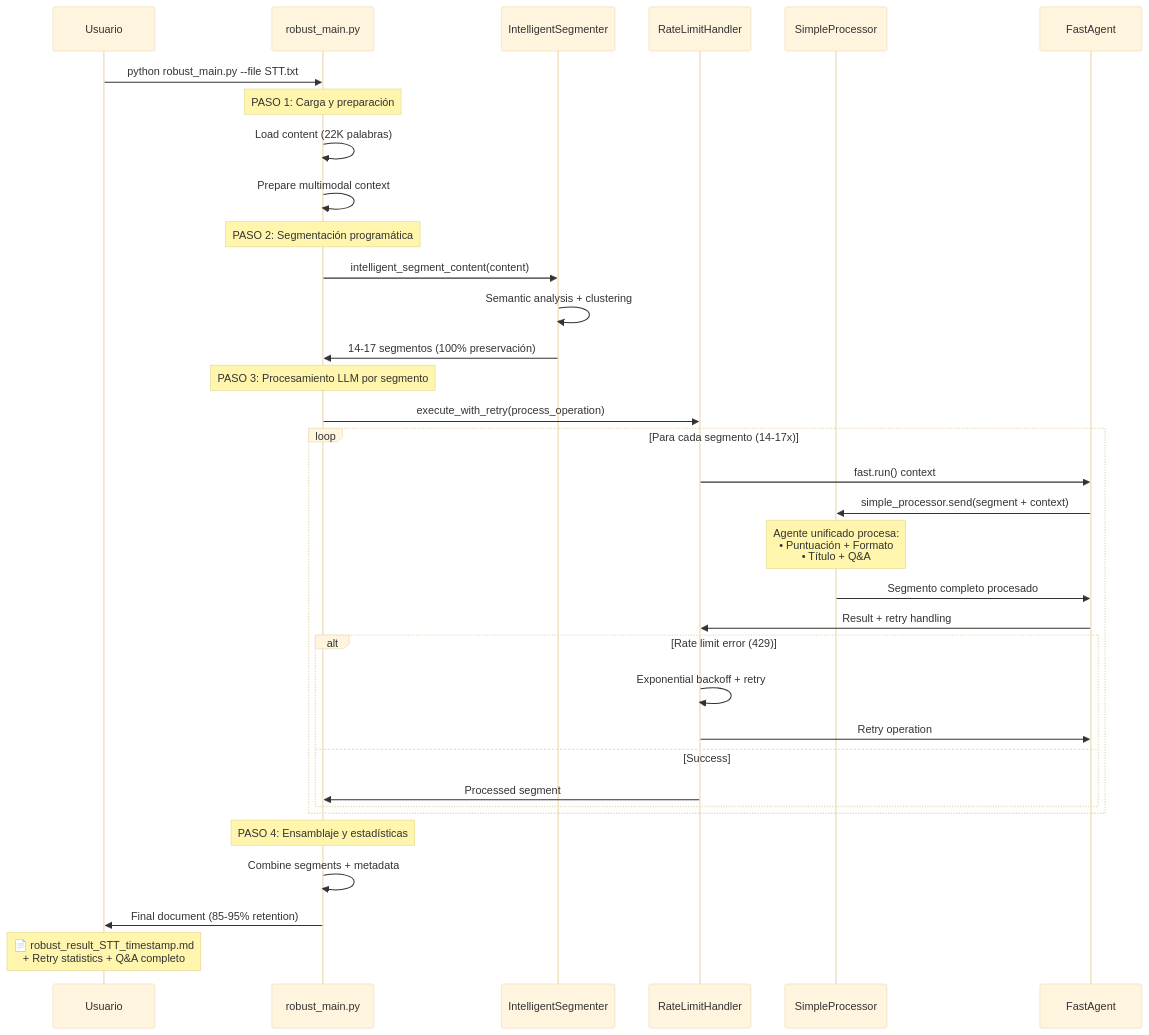
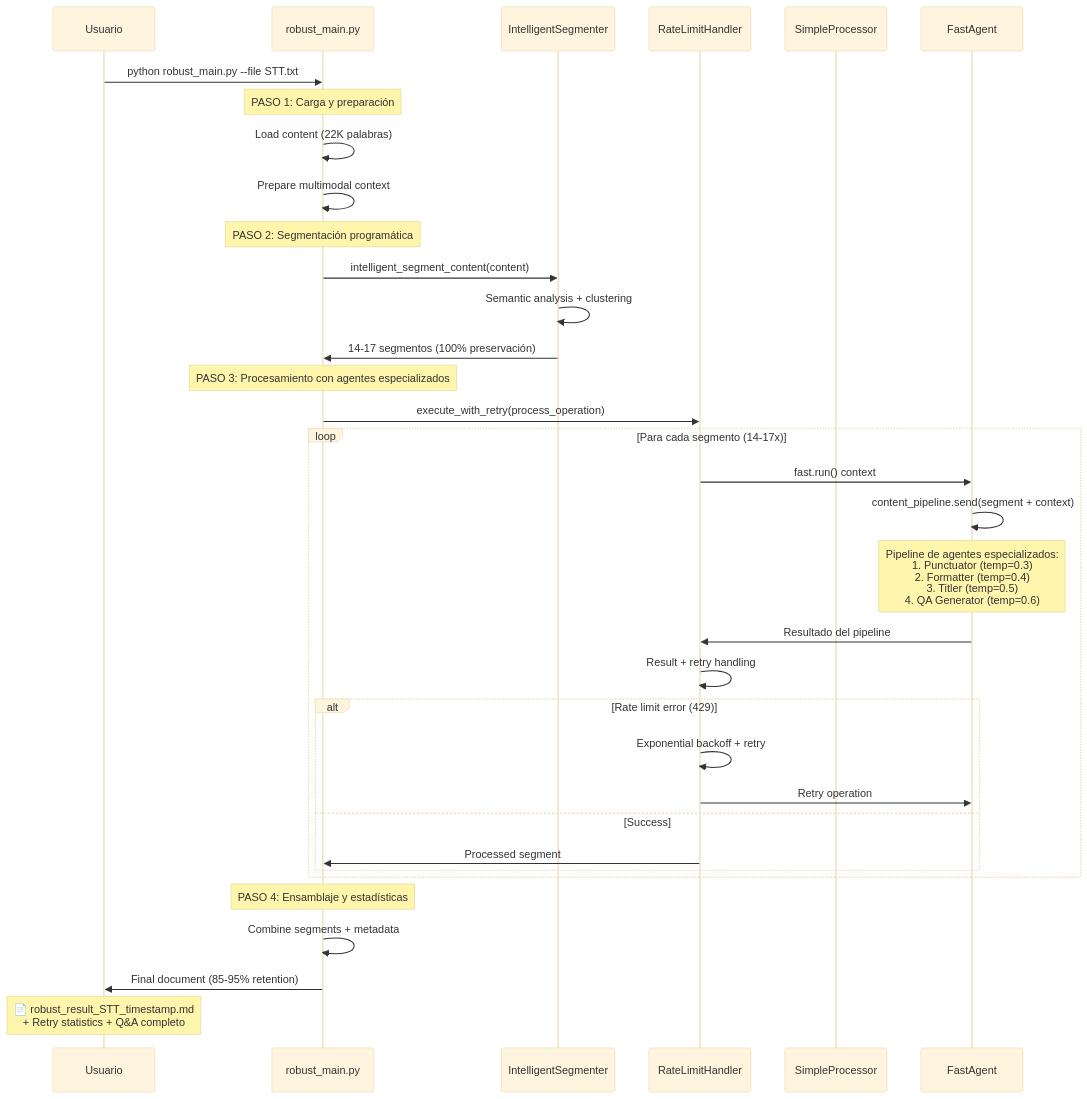
The third of 11 diagrams in component_b_streamlit/README.md (pablotoledo/sumer-ia), drawn with Mermaid (base theme) before and after one commit. The commit also changed other lines of this file and 10 other files, not shown here.

First line of the commit message:
Implement multi-agent architecture and multimodal context

````diff
--- a/component_b_streamlit/README.md
+++ b/component_b_streamlit/README.md
@@ -124,46 +132,46 @@
 ```mermaid
 sequenceDiagram
     participant U as Usuario
     participant RM as robust_main.py
     participant IS as IntelligentSegmenter
     participant RLH as RateLimitHandler
     participant SP as SimpleProcessor
     participant FA as FastAgent
     
     U->>RM: python robust_main.py --file STT.txt
     
     Note over RM: PASO 1: Carga y preparación
     RM->>RM: Load content (22K palabras)
     RM->>RM: Prepare multimodal context
     
     Note over RM: PASO 2: Segmentación programática
     RM->>IS: intelligent_segment_content(content)
     IS->>IS: Semantic analysis + clustering
     IS->>RM: 14-17 segmentos (100% preservación)
     
-    Note over RM: PASO 3: Procesamiento LLM por segmento
+    Note over RM: PASO 3: Procesamiento con agentes especializados
     RM->>RLH: execute_with_retry(process_operation)
-    
+
     loop Para cada segmento (14-17x)
         RLH->>FA: fast.run() context
-        FA->>SP: simple_processor.send(segment + context)
-        
-        Note over SP: Agente unificado procesa:<br/>• Puntuación + Formato<br/>• Título + Q&A
-        
-        SP->>FA: Segmento completo procesado
-        FA->>RLH: Result + retry handling
+        FA->>FA: content_pipeline.send(segment + context)
+
+        Note over FA: Pipeline de agentes especializados:<br/>1. Punctuator (temp=0.3)<br/>2. Formatter (temp=0.4)<br/>3. Titler (temp=0.5)<br/>4. QA Generator (temp=0.6)
+
+        FA->>RLH: Resultado del pipeline
+        RLH->>RLH: Result + retry handling
         
         alt Rate limit error (429)
             RLH->>RLH: Exponential backoff + retry
             RLH->>FA: Retry operation
         else Success
             RLH->>RM: Processed segment
         end
     end
     
     Note over RM: PASO 4: Ensamblaje y estadísticas
     RM->>RM: Combine segments + metadata
     RM->>U: Final document (85-95% retention)
     
     Note over U: 📄 robust_result_STT_timestamp.md<br/>+ Retry statistics + Q&A completo
 ```
````
